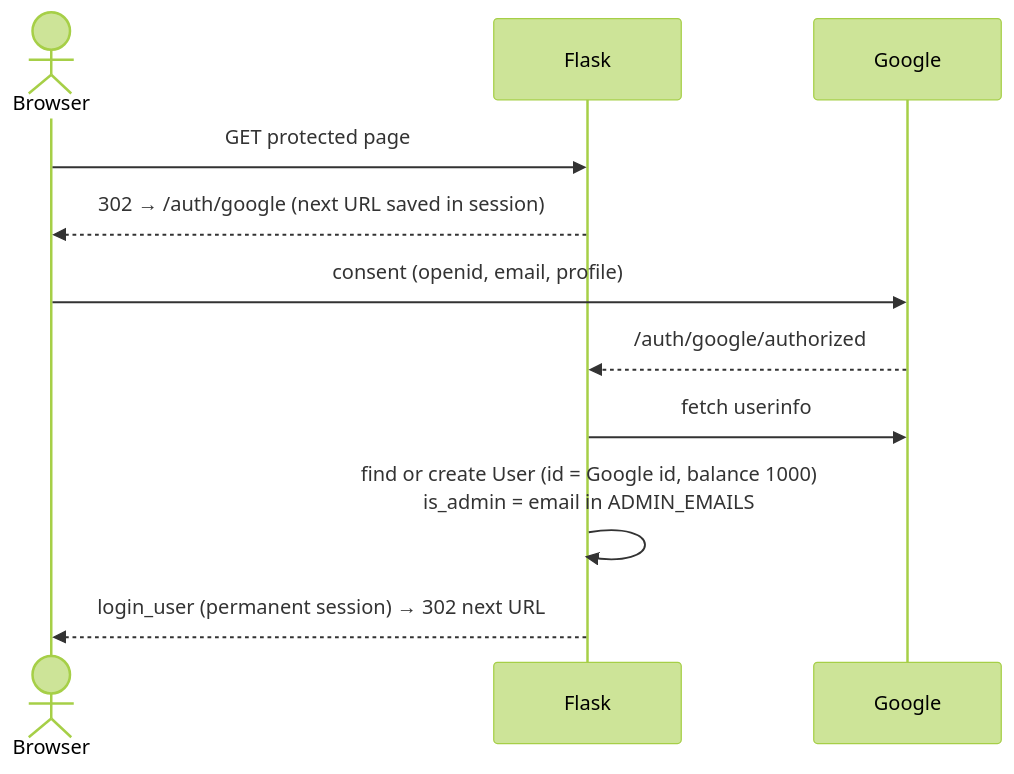
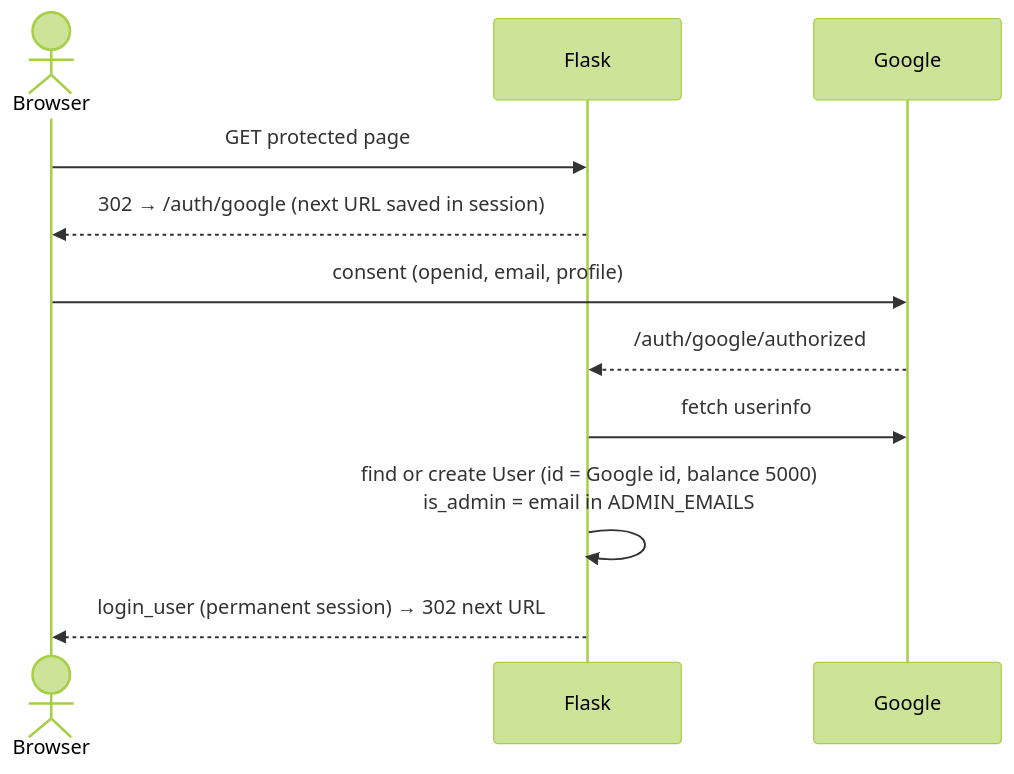
Before and after one commit to sfaizi24/TNCasino: the first of 2 diagrams in docs/architecture/05-web-app.md, drawn with Mermaid (forest theme). The commit also changed 7 other files, not shown here.

````diff
--- a/docs/architecture/05-web-app.md
+++ b/docs/architecture/05-web-app.md
@@ -49,13 +49,13 @@
 ```mermaid
 sequenceDiagram
     actor U as Browser
     participant A as Flask
     participant G as Google
     U->>A: GET protected page
     A-->>U: 302 → /auth/google (next URL saved in session)
     U->>G: consent (openid, email, profile)
     G-->>A: /auth/google/authorized
     A->>G: fetch userinfo
-    A->>A: find or create User (id = Google id, balance 1000)<br/>is_admin = email in ADMIN_EMAILS
+    A->>A: find or create User (id = Google id, balance 5000)<br/>is_admin = email in ADMIN_EMAILS
     A-->>U: login_user (permanent session) → 302 next URL
 ```
````
